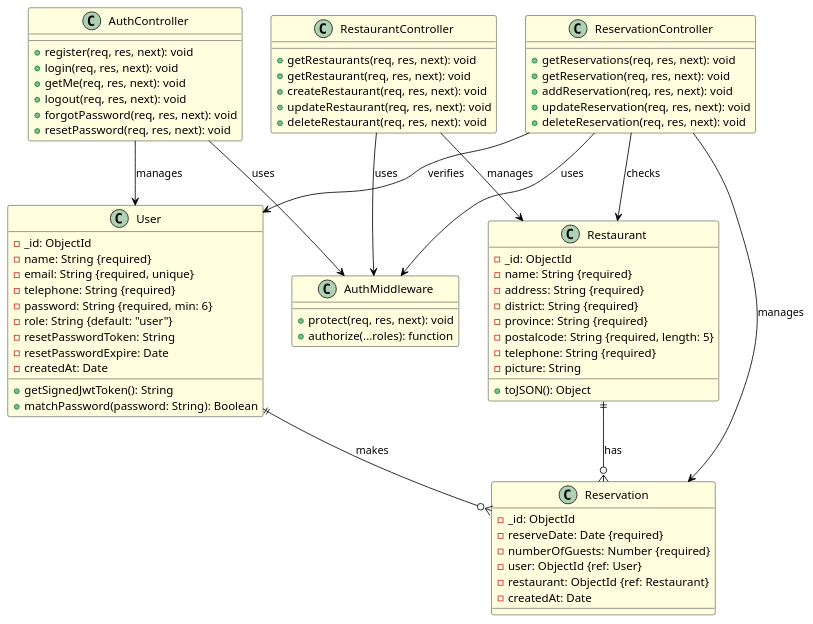
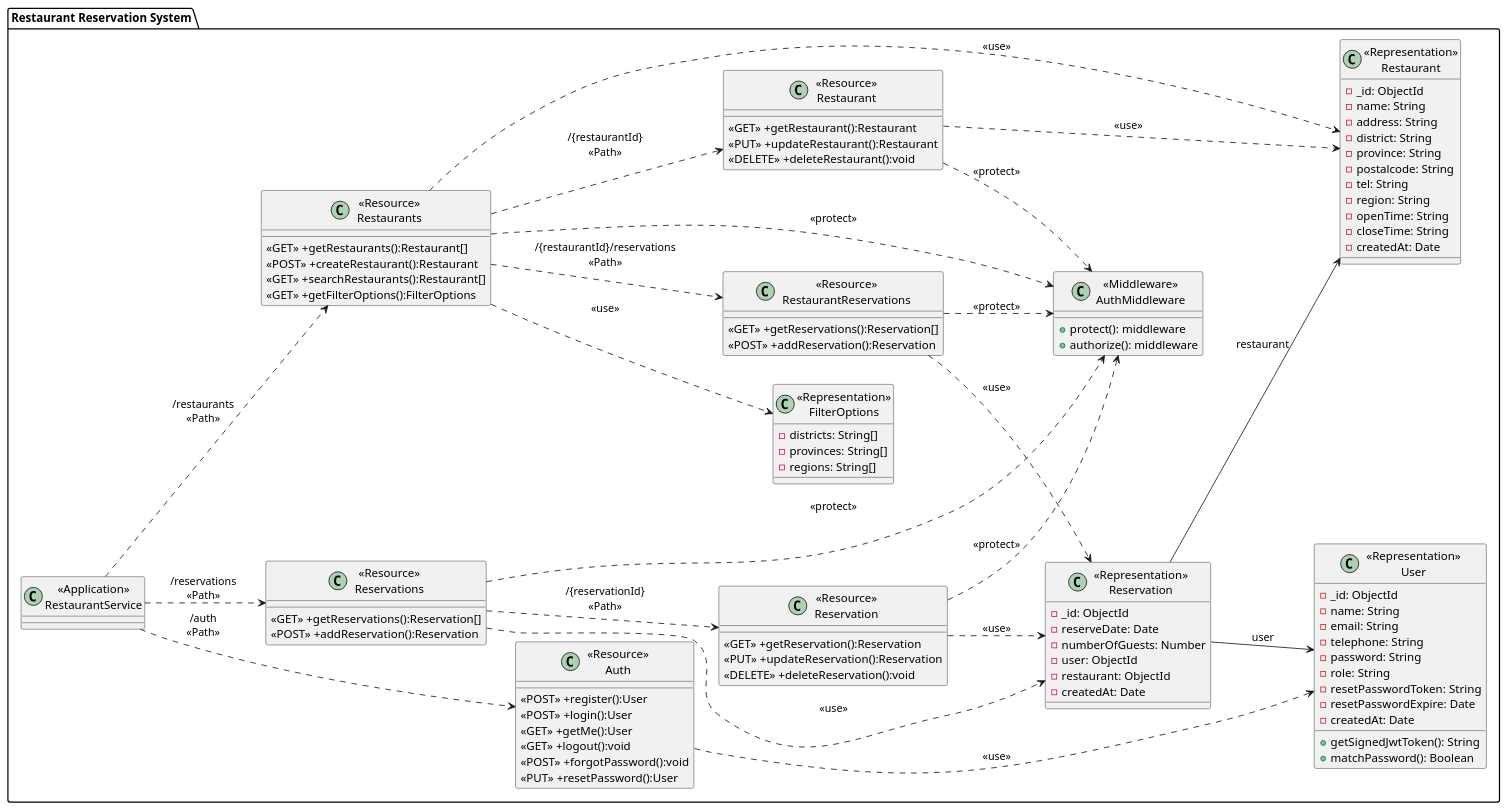
One commit to Jirapat-K-F/SLEEP_FINAL_PROJECT changed the diagram in docs/class-diagram.puml. Above: the diagram before and after it, drawn with PlantUML.

Commit message:
fix class diagram

```diff
--- a/docs/class-diagram.puml
+++ b/docs/class-diagram.puml
@@ -1,85 +1,129 @@
-@startuml ClassDiagram
-skinparam class {
-    BackgroundColor lightyellow
-    BorderColor black
-    ArrowColor black
+@startuml RestaurantReservationSystem
+left to right direction
+package "Restaurant Reservation System"{
+    class "<<Application>>\nRestaurantService" as RestaurantService{}
+
+    ' Authentication Resources
+    class "<<Resource>>\nAuth" as ResourceAuth{
+        <<POST>> +register():User
+        <<POST>> +login():User
+        <<GET>> +getMe():User
+        <<GET>> +logout():void
+        <<POST>> +forgotPassword():void
+        <<PUT>> +resetPassword():User
+    }
+
+    ' Restaurant Resources
+    class "<<Resource>>\nRestaurants" as ResourceRestaurants{
+        <<GET>> +getRestaurants():Restaurant[]
+        <<POST>> +createRestaurant():Restaurant
+        <<GET>> +searchRestaurants():Restaurant[]
+        <<GET>> +getFilterOptions():FilterOptions
+    }
+
+    class "<<Resource>>\nRestaurant" as ResourceRestaurant {
+        <<GET>> +getRestaurant():Restaurant
+        <<PUT>> +updateRestaurant():Restaurant
+        <<DELETE>> +deleteRestaurant():void
+    }
+
+    ' Reservation Resources
+    class "<<Resource>>\nReservations" as ResourceReservations{
+        <<GET>> +getReservations():Reservation[]
+        <<POST>> +addReservation():Reservation
+    }
+
+    class "<<Resource>>\nReservation" as ResourceReservation {
+        <<GET>> +getReservation():Reservation
+        <<PUT>> +updateReservation():Reservation
+        <<DELETE>> +deleteReservation():void
+    }
+
+    ' Nested Reservation Resources
+    class "<<Resource>>\nRestaurantReservations" as ResourceRestaurantReservations{
+        <<GET>> +getReservations():Reservation[]
+        <<POST>> +addReservation():Reservation
+    }
+
+    ' Representation Classes
+    class "<<Representation>>\nUser" as RepresentationUser {
+        -_id: ObjectId
+        -name: String
+        -email: String
+        -telephone: String
+        -password: String
+        -role: String
+        -resetPasswordToken: String
+        -resetPasswordExpire: Date
+        -createdAt: Date
+        +getSignedJwtToken(): String
+        +matchPassword(): Boolean
+    }
+
+    class "<<Representation>>\nRestaurant" as RepresentationRestaurant {
+        -_id: ObjectId
+        -name: String
+        -address: String
+        -district: String
+        -province: String
+        -postalcode: String
+        -tel: String
+        -region: String
+        -openTime: String
+        -closeTime: String
+        -createdAt: Date
+    }
+
+    class "<<Representation>>\nReservation" as RepresentationReservation {
+        -_id: ObjectId
+        -reserveDate: Date
+        -numberOfGuests: Number
+        -user: ObjectId
+        -restaurant: ObjectId
+        -createdAt: Date
+    }
+
+    class "<<Representation>>\nFilterOptions" as RepresentationFilterOptions {
+        -districts: String[]
+        -provinces: String[]
+        -regions: String[]
+    }
+
+    ' Security Components
+    class "<<Middleware>>\nAuthMiddleware" as AuthMiddleware {
+        +protect(): middleware
+        +authorize(): middleware
+    }
+
 }
 
-class User {
-    -_id: ObjectId
-    -name: String {required}
-    -email: String {required, unique}
-    -telephone: String {required}
-    -password: String {required, min: 6}
-    -role: String {default: "user"}
-    -resetPasswordToken: String
-    -resetPasswordExpire: Date
-    -createdAt: Date
-    +getSignedJwtToken(): String
-    +matchPassword(password: String): Boolean
-}
+' Path Relationships
+RestaurantService ..> ResourceAuth:"/auth\n<<Path>>"
+RestaurantService ..> ResourceRestaurants:"/restaurants\n<<Path>>"
+RestaurantService ..> ResourceReservations:"/reservations\n<<Path>>"
 
-class Restaurant {
-    -_id: ObjectId
-    -name: String {required}
-    -address: String {required}
-    -district: String {required}
-    -province: String {required}
-    -postalcode: String {required, length: 5}
-    -telephone: String {required}
-    -picture: String
-    +toJSON(): Object
-}
+ResourceRestaurants ..> ResourceRestaurant: "/{restaurantId}\n<<Path>>"
+ResourceRestaurants ..> ResourceRestaurantReservations: "/{restaurantId}/reservations\n<<Path>>"
+ResourceReservations ..> ResourceReservation: "/{reservationId}\n<<Path>>"
 
-class Reservation {
-    -_id: ObjectId
-    -reserveDate: Date {required}
-    -numberOfGuests: Number {required}
-    -user: ObjectId {ref: User}
-    -restaurant: ObjectId {ref: Restaurant}
-    -createdAt: Date
-}
+' Representation Usage
+ResourceAuth ..> RepresentationUser: "<<use>>"
+ResourceRestaurants ..> RepresentationRestaurant: "<<use>>"
+ResourceRestaurant ..> RepresentationRestaurant: "<<use>>"
+ResourceRestaurants ..> RepresentationFilterOptions: "<<use>>"
+ResourceReservations ..> RepresentationReservation: "<<use>>"
+ResourceReservation ..> RepresentationReservation: "<<use>>"
+ResourceRestaurantReservations ..> RepresentationReservation: "<<use>>"
 
-class AuthController {
-    +register(req, res, next): void
-    +login(req, res, next): void
-    +getMe(req, res, next): void
-    +logout(req, res, next): void
-    +forgotPassword(req, res, next): void
-    +resetPassword(req, res, next): void
-}
+' Security Dependencies
+ResourceRestaurants ..> AuthMiddleware: "<<protect>>"
+ResourceRestaurant ..> AuthMiddleware: "<<protect>>"
+ResourceReservations ..> AuthMiddleware: "<<protect>>"
+ResourceReservation ..> AuthMiddleware: "<<protect>>"
+ResourceRestaurantReservations ..> AuthMiddleware: "<<protect>>"
 
-class RestaurantController {
-    +getRestaurants(req, res, next): void
-    +getRestaurant(req, res, next): void
-    +createRestaurant(req, res, next): void
-    +updateRestaurant(req, res, next): void
-    +deleteRestaurant(req, res, next): void
-}
-
-class ReservationController {
-    +getReservations(req, res, next): void
-    +getReservation(req, res, next): void
-    +addReservation(req, res, next): void
-    +updateReservation(req, res, next): void
-    +deleteReservation(req, res, next): void
-}
-
-class AuthMiddleware {
-    +protect(req, res, next): void
-    +authorize(...roles): function
-}
-
-' Relationships
-User ||--o{ Reservation : makes
-Restaurant ||--o{ Reservation : has
-AuthController --> User : manages
-RestaurantController --> Restaurant : manages
-ReservationController --> Reservation : manages
-ReservationController --> User : verifies
-ReservationController --> Restaurant : checks
-AuthController --> AuthMiddleware : uses
-RestaurantController --> AuthMiddleware : uses
-ReservationController --> AuthMiddleware : uses
+' Data Relationships
+RepresentationReservation --> RepresentationUser: "user"
+RepresentationReservation --> RepresentationRestaurant: "restaurant"
 
 @enduml
```
